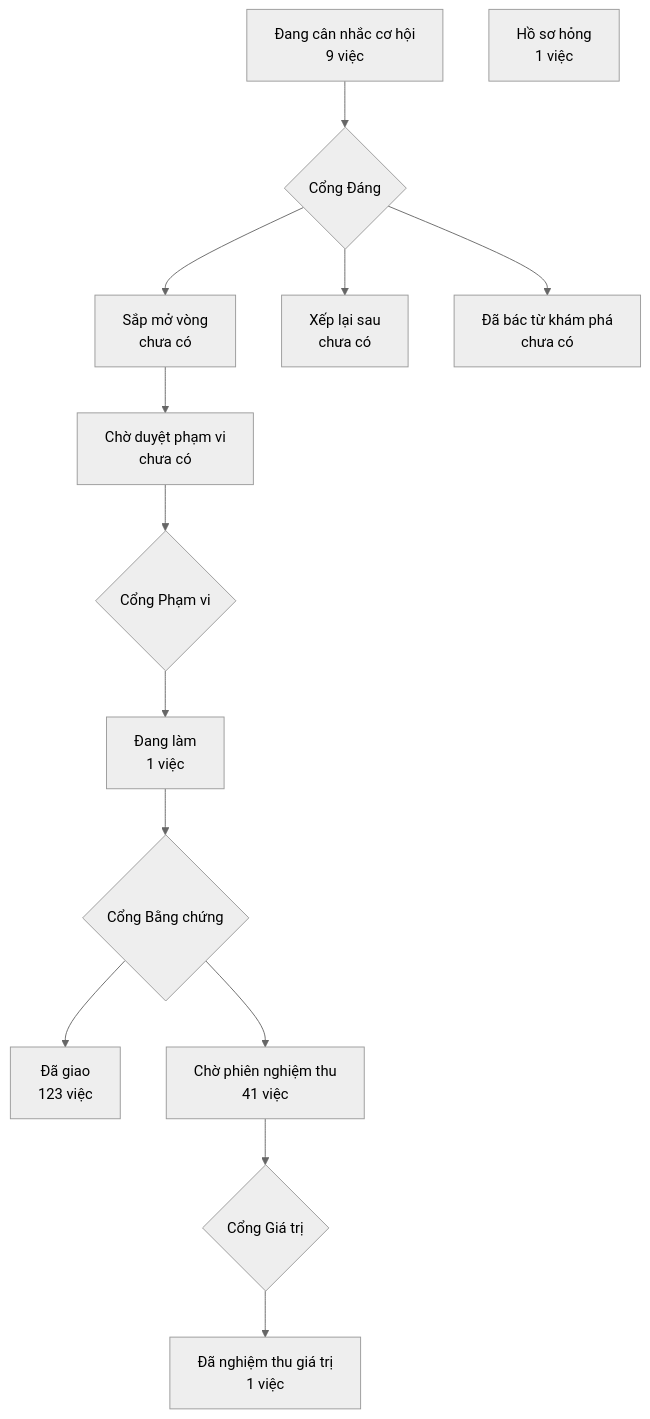
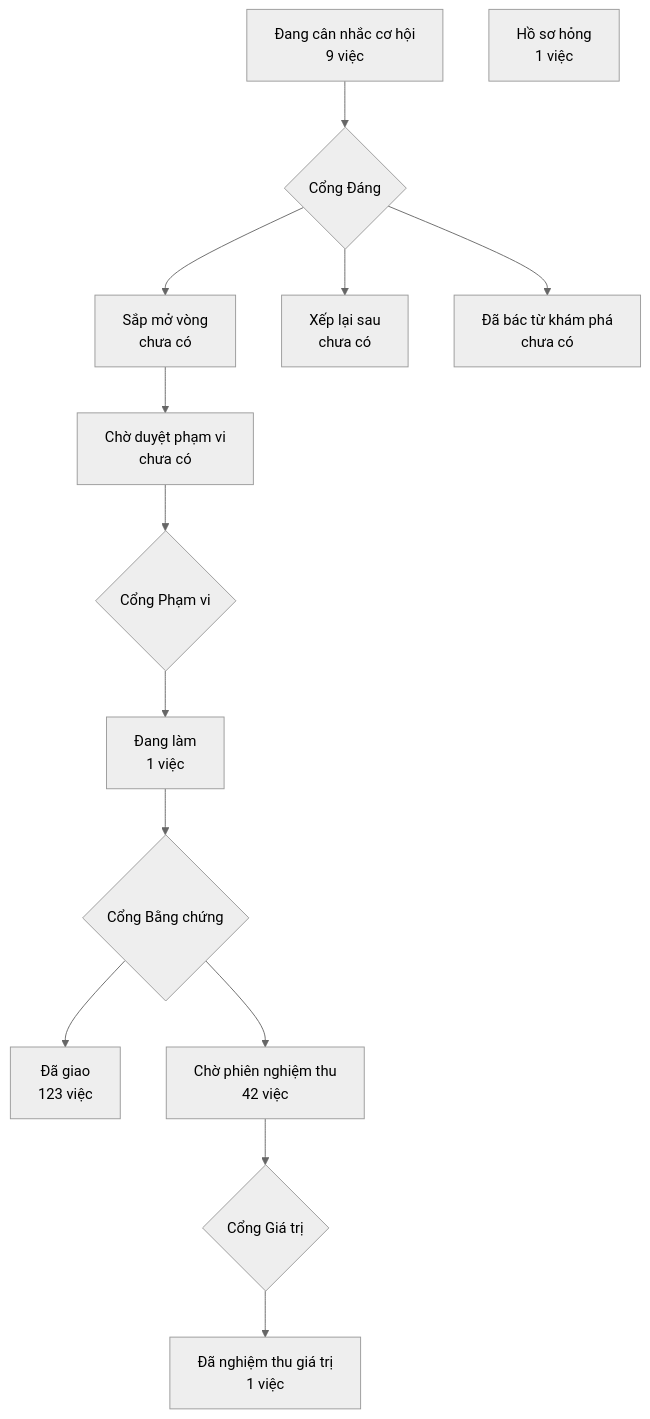
Before and after one commit to phanlemanh/crm-onehub: the diagram in PRODUCT-MAP.md, drawn with Mermaid (neutral theme).

Commit message:
chore: vẽ lại bản đồ sau gộp onehub e0b08ccd

````diff
--- a/PRODUCT-MAP.md
+++ b/PRODUCT-MAP.md
@@ -7,13 +7,13 @@
 ```mermaid
 flowchart TD
   A["Đang cân nhắc cơ hội<br/>9 việc"] --> GD{"Cổng Đáng"}
   GD --> B["Sắp mở vòng<br/>chưa có"]
   GD --> XL["Xếp lại sau<br/>chưa có"]
   GD --> DB["Đã bác từ khám phá<br/>chưa có"]
   B --> CD["Chờ duyệt phạm vi<br/>chưa có"] --> GP{"Cổng Phạm vi"}
   GP --> DL["Đang làm<br/>1 việc"] --> GB{"Cổng Bằng chứng"}
   GB --> DG["Đã giao<br/>123 việc"]
-  GB --> CN["Chờ phiên nghiệm thu<br/>41 việc"] --> GG{"Cổng Giá trị"}
+  GB --> CN["Chờ phiên nghiệm thu<br/>42 việc"] --> GG{"Cổng Giá trị"}
   GG --> NT["Đã nghiệm thu giá trị<br/>1 việc"]
   HS["Hồ sơ hỏng<br/>1 việc"]
 ```
````
